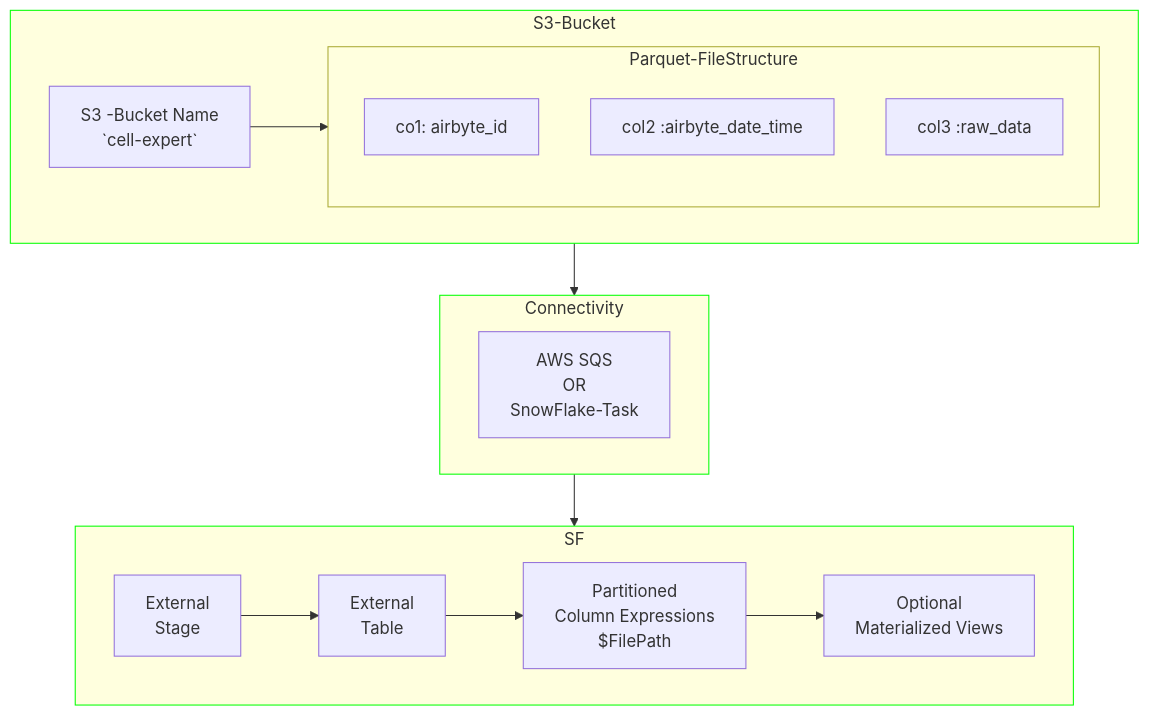
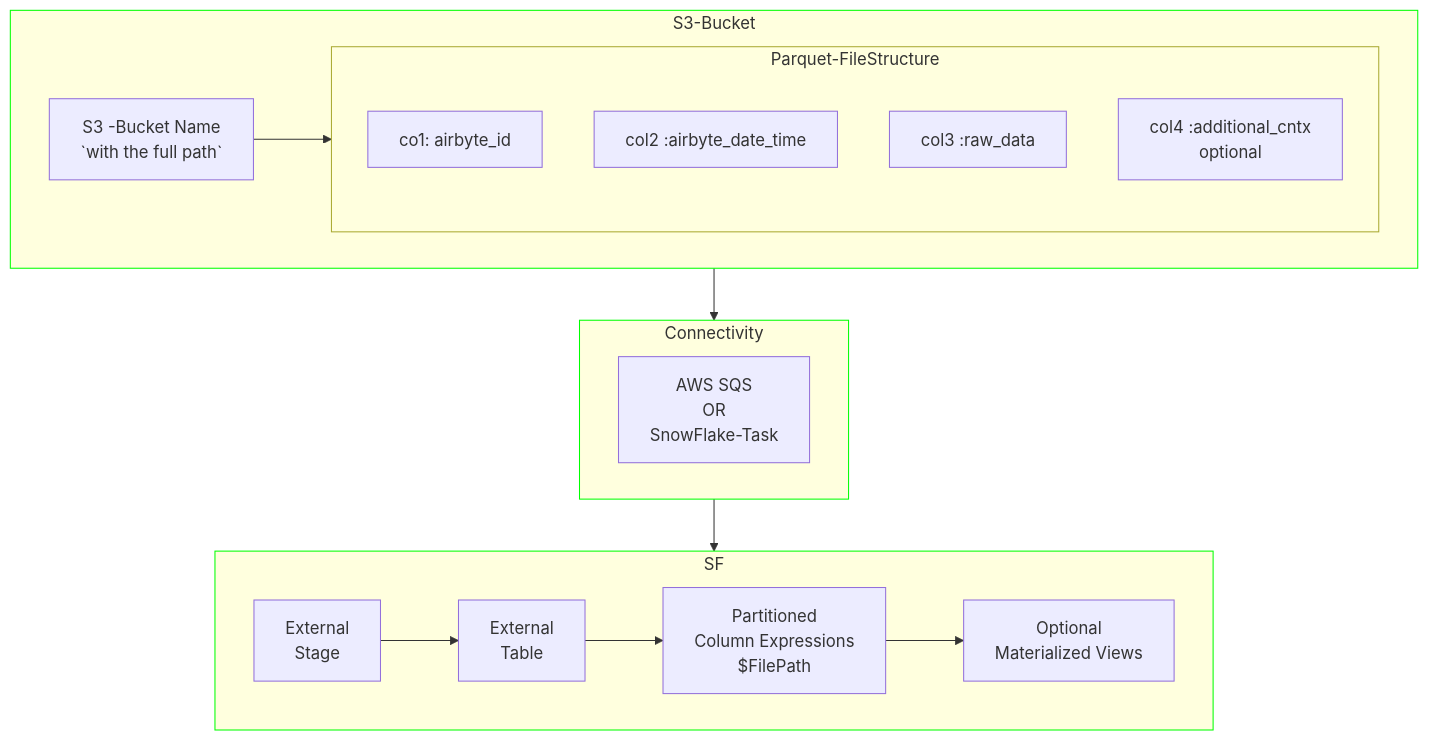
Before and after one commit to peddadap/design_templates: the fourth of 11 diagrams in README.md, drawn with Mermaid. The commit also changed other lines of this file, not shown here.

Commit message:
updated flows and index

````diff
--- a/README.md
+++ b/README.md
@@ -151,30 +175,31 @@
 ```mermaid
 flowchart
     subgraph S3-Bucket
-        A[S3 -Bucket Name \n `cell-expert`]
+        A[S3 -Bucket Name \n `with the full path`]
         subgraph Parquet-FileStructure
             Col1[co1: airbyte_id]
             Col2[col2 :airbyte_date_time]
             Col3[col3 :raw_data]
+            Col4[col4 :additional_cntx \n optional]
         end
     end
     subgraph Connectivity
         X[AWS SQS \n OR \n  SnowFlake-Task]
     end
 
     subgraph SF
         1[External \n Stage]
         2[External \n Table]
         3[ Partitioned \n Column Expressions \n $FilePath]
         4[Optional \n Materialized Views]
     end
     classDef module stroke:#0f0
     A--> Parquet-FileStructure
     1-->2
     2-->3
     3-->4
     S3-Bucket-->Connectivity
     Connectivity-->SF
     class S3-Bucket,Connectivity,SF module
 
 ```
````
